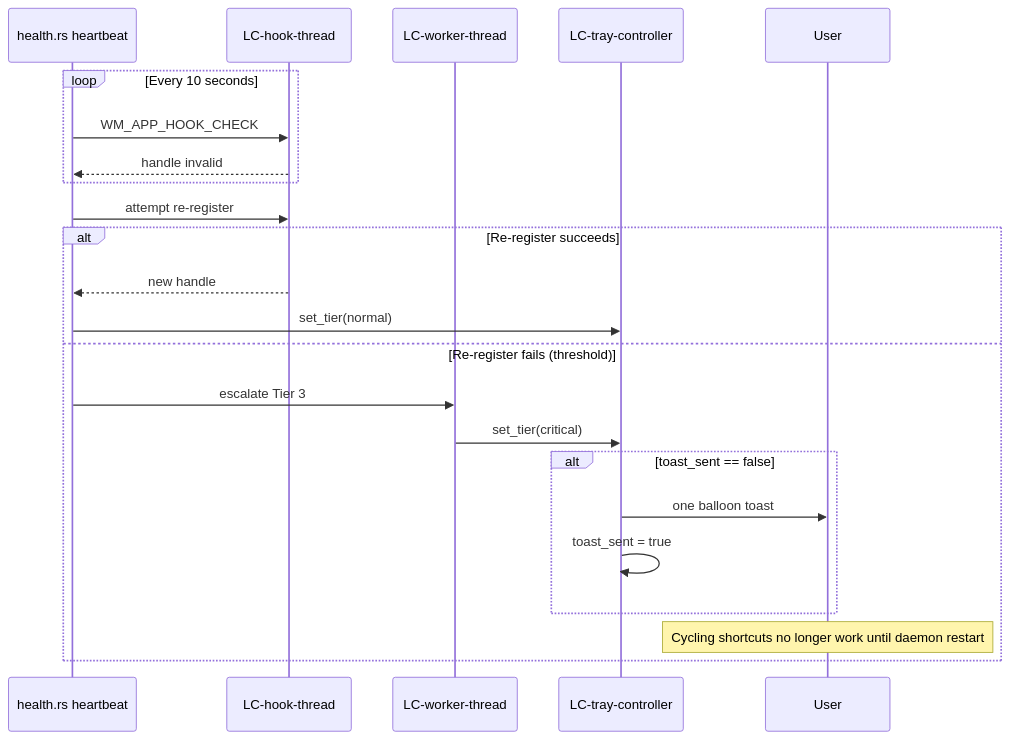
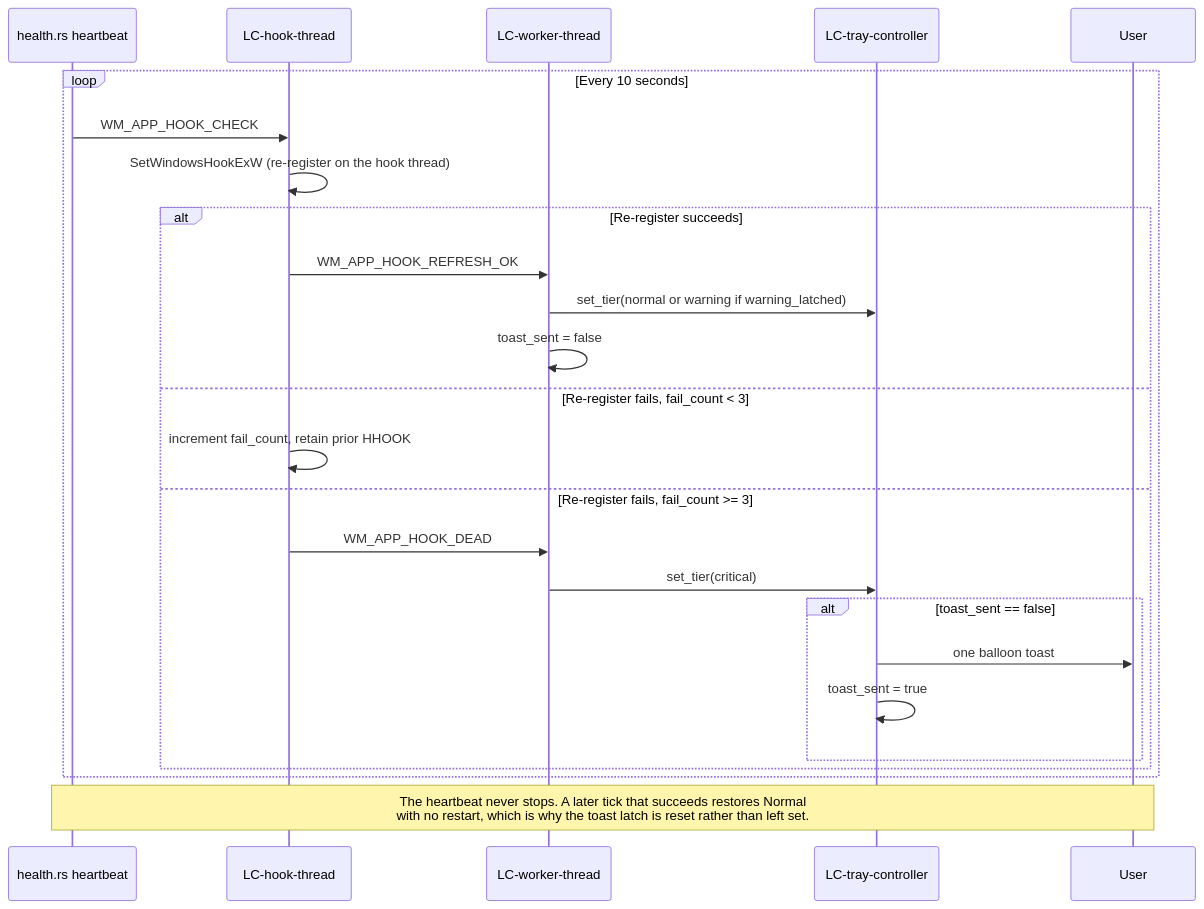
Before and after one commit to wiradigitalid/wira-desk: the diagram in .how/window-management/06-flows/flow-hook-death-tier3.md, drawn with Mermaid. The commit also changed other lines of this file and 12 other files, not shown here.

````diff
--- a/.how/window-management/06-flows/flow-hook-death-tier3.md
+++ b/.how/window-management/06-flows/flow-hook-death-tier3.md
@@ -8,26 +8,28 @@
 ```mermaid
 sequenceDiagram
     participant Health as health.rs heartbeat
     participant Hook as LC-hook-thread
     participant Worker as LC-worker-thread
     participant Tray as LC-tray-controller
     participant User
 
     loop Every 10 seconds
         Health->>Hook: WM_APP_HOOK_CHECK
-        Hook-->>Health: handle invalid
+        Hook->>Hook: SetWindowsHookExW (re-register on the hook thread)
+        alt Re-register succeeds
+            Hook->>Worker: WM_APP_HOOK_REFRESH_OK
+            Worker->>Tray: set_tier(normal or warning if warning_latched)
+            Worker->>Worker: toast_sent = false
+        else Re-register fails, fail_count < 3
+            Hook->>Hook: increment fail_count, retain prior HHOOK
+        else Re-register fails, fail_count >= 3
+            Hook->>Worker: WM_APP_HOOK_DEAD
+            Worker->>Tray: set_tier(critical)
+            alt toast_sent == false
+                Tray->>User: one balloon toast
+                Tray->>Tray: toast_sent = true
+            end
+        end
     end
-    Health->>Hook: attempt re-register
-    alt Re-register succeeds
-        Hook-->>Health: new handle
-        Health->>Tray: set_tier(normal)
-    else Re-register fails (threshold)
-        Health->>Worker: escalate Tier 3
-        Worker->>Tray: set_tier(critical)
-        alt toast_sent == false
-            Tray->>User: one balloon toast
-            Tray->>Tray: toast_sent = true
-        end
-        Note over User: Cycling shortcuts no longer work until daemon restart
-    end
+    Note over Health,User: The heartbeat never stops. A later tick that succeeds restores Normal<br/>with no restart, which is why the toast latch is reset rather than left set.
 ```
````
